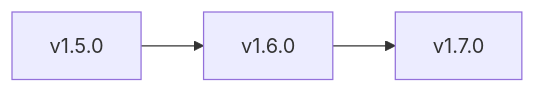
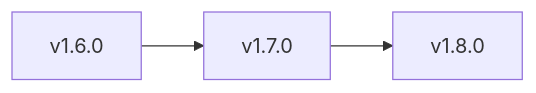
One commit to juanklagos/spec-driven-development-template changed the diagram in docs/en/35-public-roadmap.md. Above: the diagram before and after it, drawn with Mermaid. The commit also changed other lines of this file and 18 other files, not shown here.

````diff
--- a/docs/en/35-public-roadmap.md
+++ b/docs/en/35-public-roadmap.md
@@ -9,5 +9,5 @@
 ```mermaid
 flowchart LR
-  A["v1.5.0"] --> B["v1.6.0"]
-  B --> C["v1.7.0"]
+  A["v1.6.0"] --> B["v1.7.0"]
+  B --> C["v1.8.0"]
 ```
````
